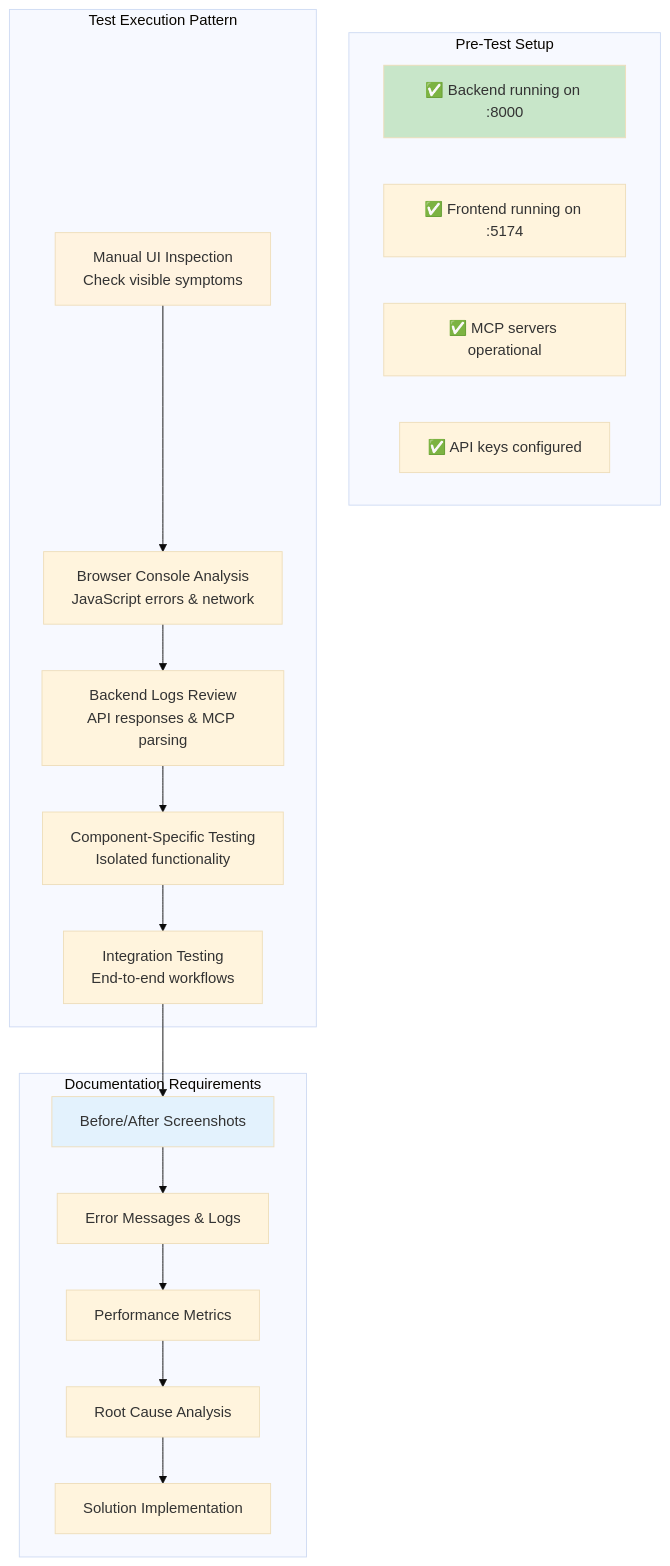
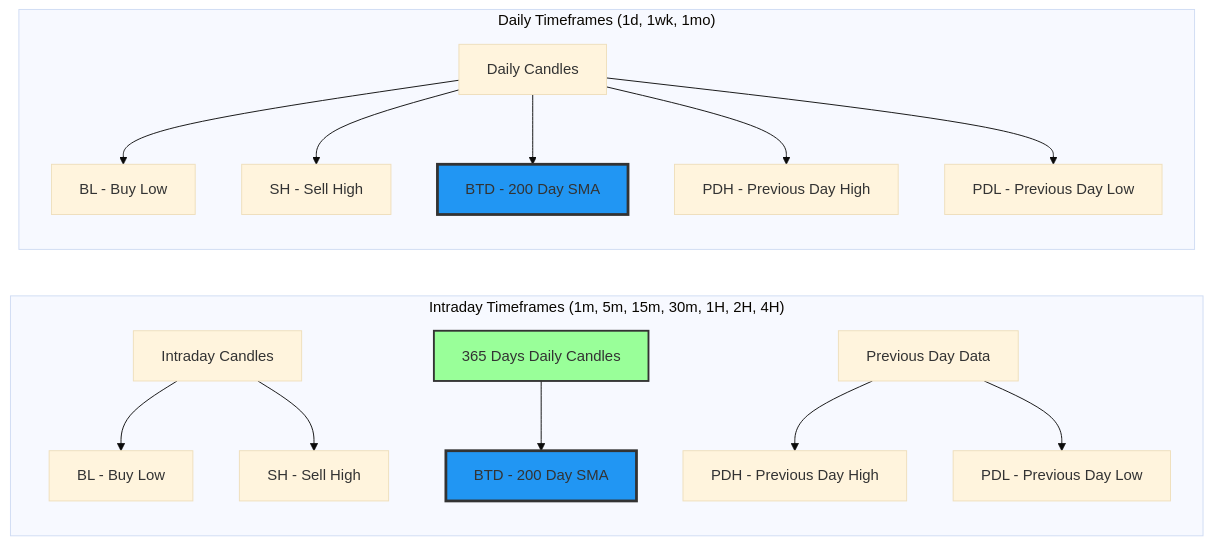
Before and after one commit to ChipsMetaverse/gvses-market-insights: the tenth of 11 diagrams in mermaid.md, drawn with Mermaid (base theme). The commit also changed other lines of this file and 3 other files, not shown here.

First line of the commit message:
feat: BTD (200-day SMA) displays on all timeframes

````diff
--- a/mermaid.md
+++ b/mermaid.md
@@ -469,40 +335,22 @@
 ```mermaid
-graph TD
-    subgraph "Pre-Test Setup"
-        S1[✅ Backend running on :8000]
-        S2[✅ Frontend running on :5174] 
-        S3[✅ MCP servers operational]
-        S4[✅ API keys configured]
+graph LR
+    subgraph "Intraday Timeframes (1m, 5m, 15m, 30m, 1H, 2H, 4H)"
+        I1[Intraday Candles] --> BL1[BL - Buy Low]
+        I1 --> SH1[SH - Sell High]
+        D1[365 Days Daily Candles] --> BTD1[BTD - 200 Day SMA]
+        PD1[Previous Day Data] --> PDH1[PDH - Previous Day High]
+        PD1 --> PDL1[PDL - Previous Day Low]
     end
-    
-    subgraph "Test Execution Pattern"
-        T1[Manual UI Inspection<br/>Check visible symptoms]
-        T2[Browser Console Analysis<br/>JavaScript errors & network]
-        T3[Backend Logs Review<br/>API responses & MCP parsing]
-        T4[Component-Specific Testing<br/>Isolated functionality]
-        T5[Integration Testing<br/>End-to-end workflows]
-        
-        T1 --> T2
-        T2 --> T3
-        T3 --> T4
-        T4 --> T5
+
+    subgraph "Daily Timeframes (1d, 1wk, 1mo)"
+        D2[Daily Candles] --> BL2[BL - Buy Low]
+        D2 --> SH2[SH - Sell High]
+        D2 --> BTD2[BTD - 200 Day SMA]
+        D2 --> PDH2[PDH - Previous Day High]
+        D2 --> PDL2[PDL - Previous Day Low]
     end
-    
-    subgraph "Documentation Requirements"
-        D1[Before/After Screenshots]
-        D2[Error Messages & Logs]
-        D3[Performance Metrics]
-        D4[Root Cause Analysis]
-        D5[Solution Implementation]
-        
-        T5 --> D1
-        D1 --> D2
-        D2 --> D3
-        D3 --> D4
-        D4 --> D5
-    end
-    
-    style S1 fill:#c8e6c9
-    style T1 fill:#fff3e0
-    style D1 fill:#e3f2fd
+
+    style BTD1 fill:#2196f3,stroke:#333,stroke-width:3px
+    style BTD2 fill:#2196f3,stroke:#333,stroke-width:3px
+    style D1 fill:#9f9,stroke:#333,stroke-width:2px
 ```
````
